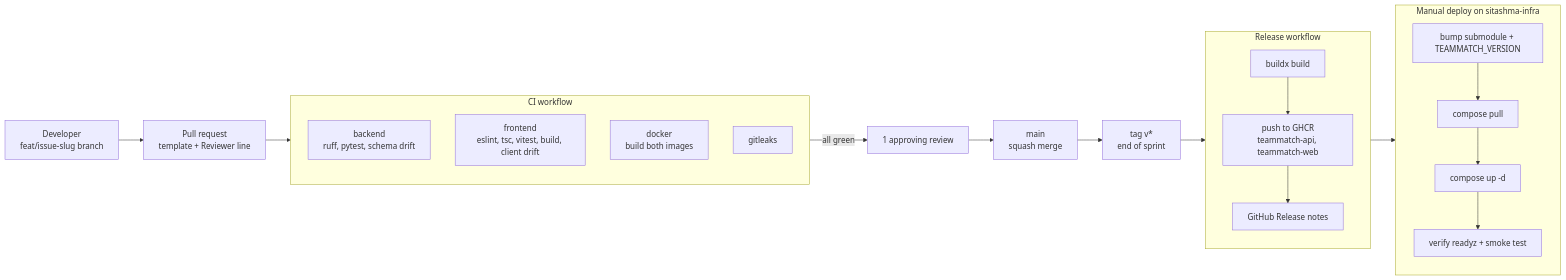
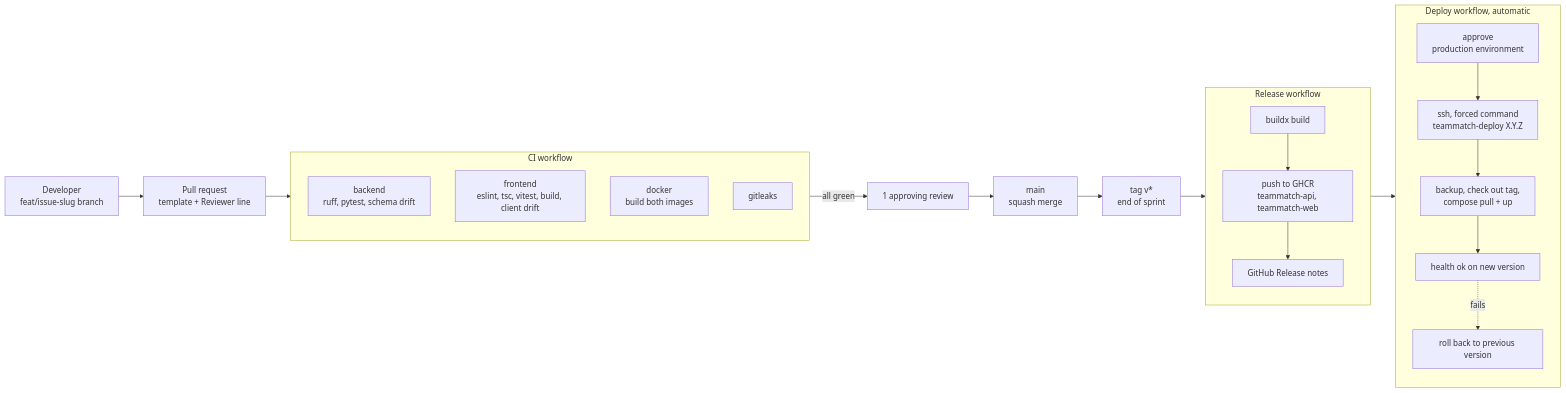
Before and after one commit to season101/teammatch: the second of 2 diagrams in docs/architecture/cicd.md, drawn with Mermaid. The commit also changed other lines of this file and 6 other files, not shown here.

First line of the commit message:
ci: deploy to production after each release (#138)

````diff
--- a/docs/architecture/cicd.md
+++ b/docs/architecture/cicd.md
@@ -100,36 +97,38 @@
 ```mermaid
 flowchart LR
     dev["Developer<br/>feat/issue-slug branch"]
     pr["Pull request<br/>template + Reviewer line"]
 
     subgraph ci ["CI workflow"]
         direction TB
         be["backend<br/>ruff, pytest, schema drift"]
         fe["frontend<br/>eslint, tsc, vitest, build, client drift"]
         dk["docker<br/>build both images"]
         gl["gitleaks"]
     end
 
     review["1 approving review"]
     main["main<br/>squash merge"]
     tag["tag v*<br/>end of sprint"]
 
     subgraph rel ["Release workflow"]
         direction TB
         build["buildx build"]
         ghcr["push to GHCR<br/>teammatch-api, teammatch-web"]
         notes["GitHub Release notes"]
     end
 
-    subgraph deploy ["Manual deploy on sitashma-infra"]
+    subgraph deploy ["Deploy workflow, automatic"]
         direction TB
-        bump["bump submodule + TEAMMATCH_VERSION"]
-        pull["compose pull"]
-        up["compose up -d"]
-        verify["verify readyz + smoke test"]
+        approve["approve<br/>production environment"]
+        ssh["ssh, forced command<br/>teammatch-deploy X.Y.Z"]
+        steps["backup, check out tag,<br/>compose pull + up"]
+        verify["health ok on new version"]
+        rollback["roll back to previous version"]
     end
 
     dev --> pr --> ci
     ci -->|"all green"| review --> main --> tag --> build --> ghcr --> notes
-    ghcr --> bump --> pull --> up --> verify
+    notes --> approve --> ssh --> steps --> verify
+    verify -.->|"fails"| rollback
 ```
````
